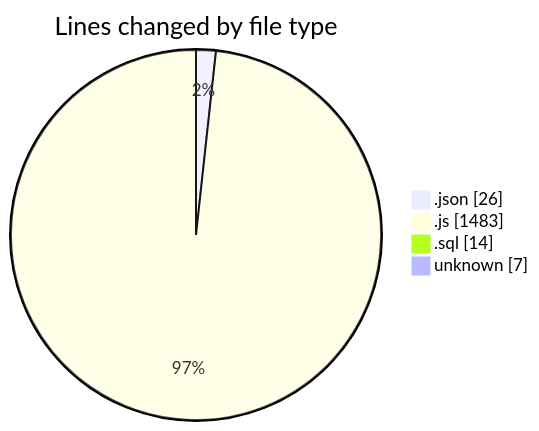
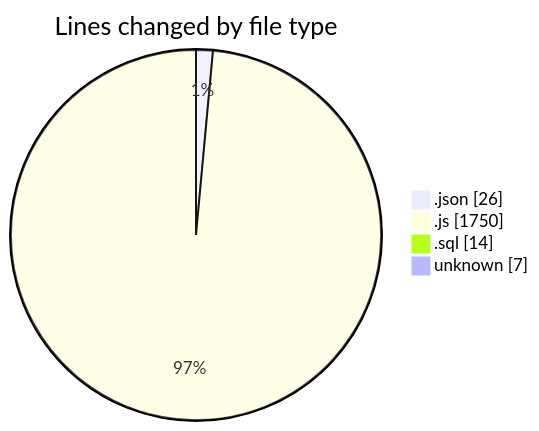
One commit to nxtqubesakshisongat/code-tracking changed the first of 2 diagrams in 2025-09-10/cashcalc/README.md. Above: the diagram before and after it, drawn with Mermaid. The commit also changed other lines of this file and 1 other file, not shown here.

````diff
--- a/2025-09-10/cashcalc/README.md
+++ b/2025-09-10/cashcalc/README.md
@@ -34,8 +35,8 @@
 ```mermaid
 pie showData
 title Lines changed by file type
 ".json" : 26
-".js" : 1483
+".js" : 1750
 ".sql" : 14
 "unknown" : 7
 ```
````
